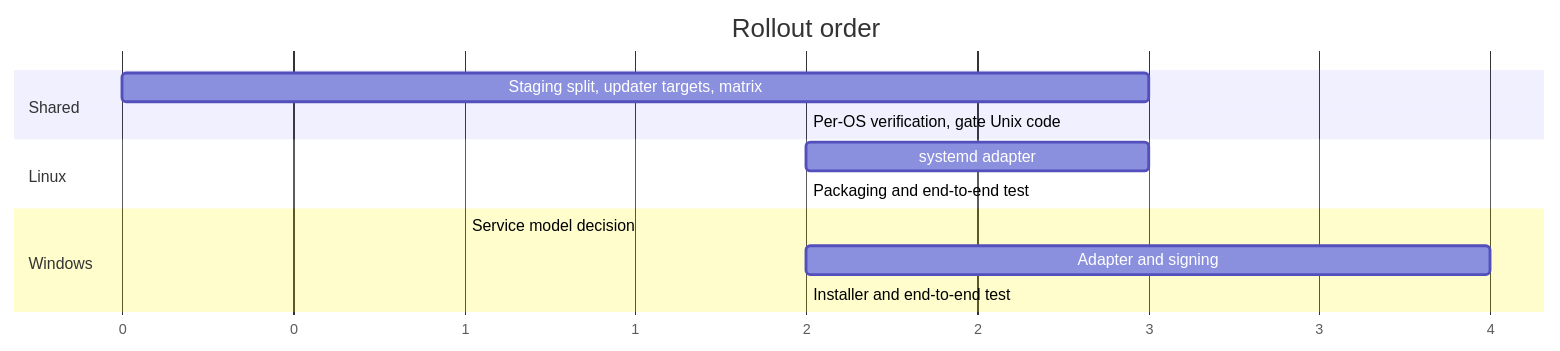
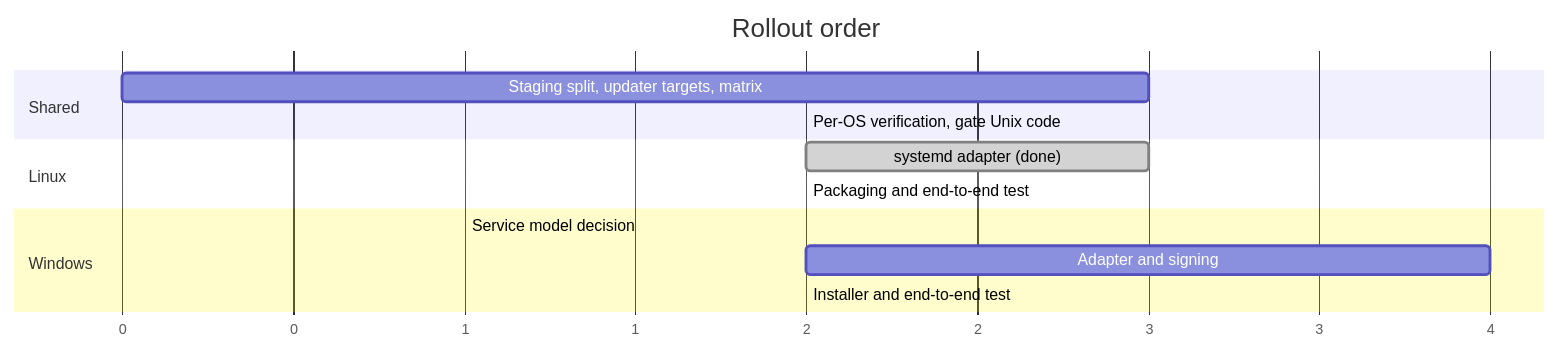
The seventh of 7 diagrams in docs/todo/desktop-linux-windows-plan.md (nessalabs/nessa-agent), drawn with Mermaid before and after one commit. The commit also changed other lines of this file and 3 other files, not shown here.

````diff
--- a/docs/todo/desktop-linux-windows-plan.md
+++ b/docs/todo/desktop-linux-windows-plan.md
@@ -335,16 +327,16 @@
 ```mermaid
 gantt
     title Rollout order
     dateFormat  X
     axisFormat %s
     section Shared
     Staging split, updater targets, matrix   :s1, 0, 3
     Per-OS verification, gate Unix code      :s2, after s1, 2
     section Linux
-    systemd adapter                          :l1, after s2, 3
+    systemd adapter (done)                   :done, l1, after s2, 3
     Packaging and end-to-end test            :l2, after l1, 2
     section Windows
     Service model decision                   :w1, after s2, 1
     Adapter and signing                      :w2, after l2, 4
     Installer and end-to-end test            :w3, after w2, 2
 ```
````
